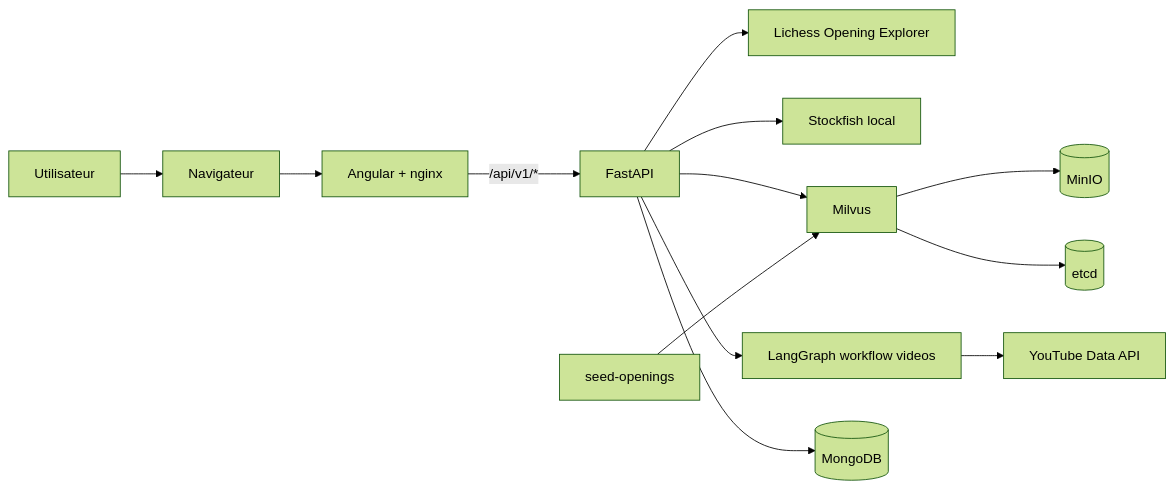
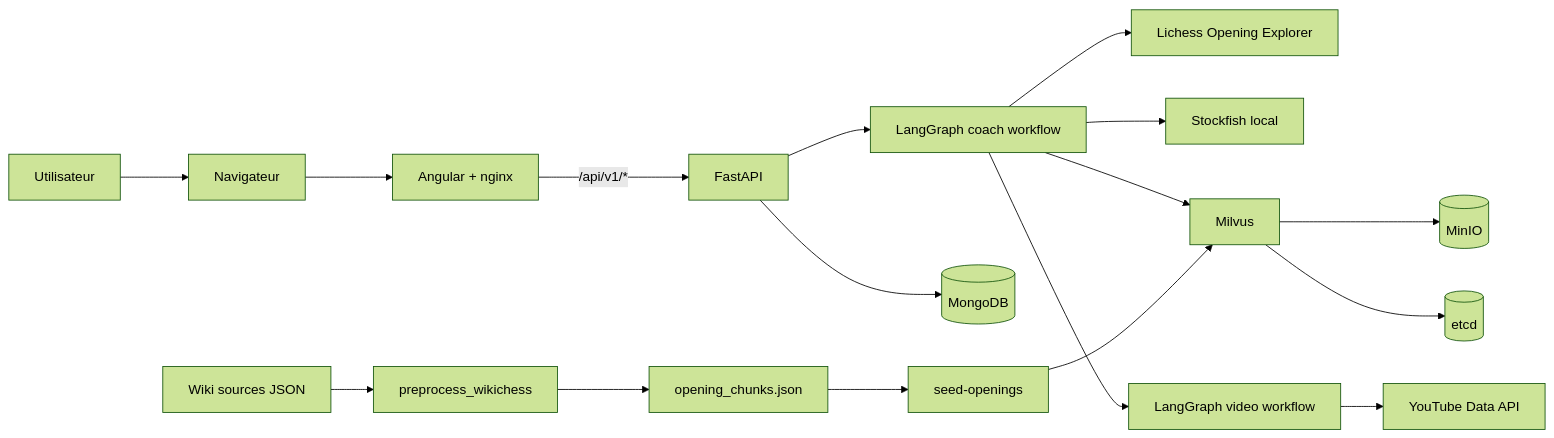
Before and after one commit to Nhkp/chess-openings-agent: the diagram in docs/system-note.md, drawn with Mermaid (forest theme). The commit also changed other lines of this file and 23 other files, not shown here.

Commit message:
Add LangGraph coach workflow and autoevaluation evidence

````diff
--- a/docs/system-note.md
+++ b/docs/system-note.md
@@ -20,17 +20,21 @@
 ```mermaid
 flowchart LR
     U[Utilisateur] --> B[Navigateur]
     B --> F[Angular + nginx]
     F -->|/api/v1/*| A[FastAPI]
 
-    A --> L[Lichess Opening Explorer]
-    A --> S[Stockfish local]
-    A --> M[Milvus]
-    A --> G[LangGraph workflow videos]
-    G --> Y[YouTube Data API]
+    A --> C[LangGraph coach workflow]
+    C --> L[Lichess Opening Explorer]
+    C --> S[Stockfish local]
+    C --> M[Milvus]
+    C --> V[LangGraph video workflow]
+    V --> Y[YouTube Data API]
     A --> DB[(MongoDB)]
 
-    Seed[seed-openings] --> M
+    Sources[Wiki sources JSON] --> Prep[preprocess_wikichess]
+    Prep --> Chunks[opening_chunks.json]
+    Chunks --> Seed[seed-openings]
+    Seed --> M
     M --> MinIO[(MinIO)]
     M --> Etcd[(etcd)]
 ```
````
